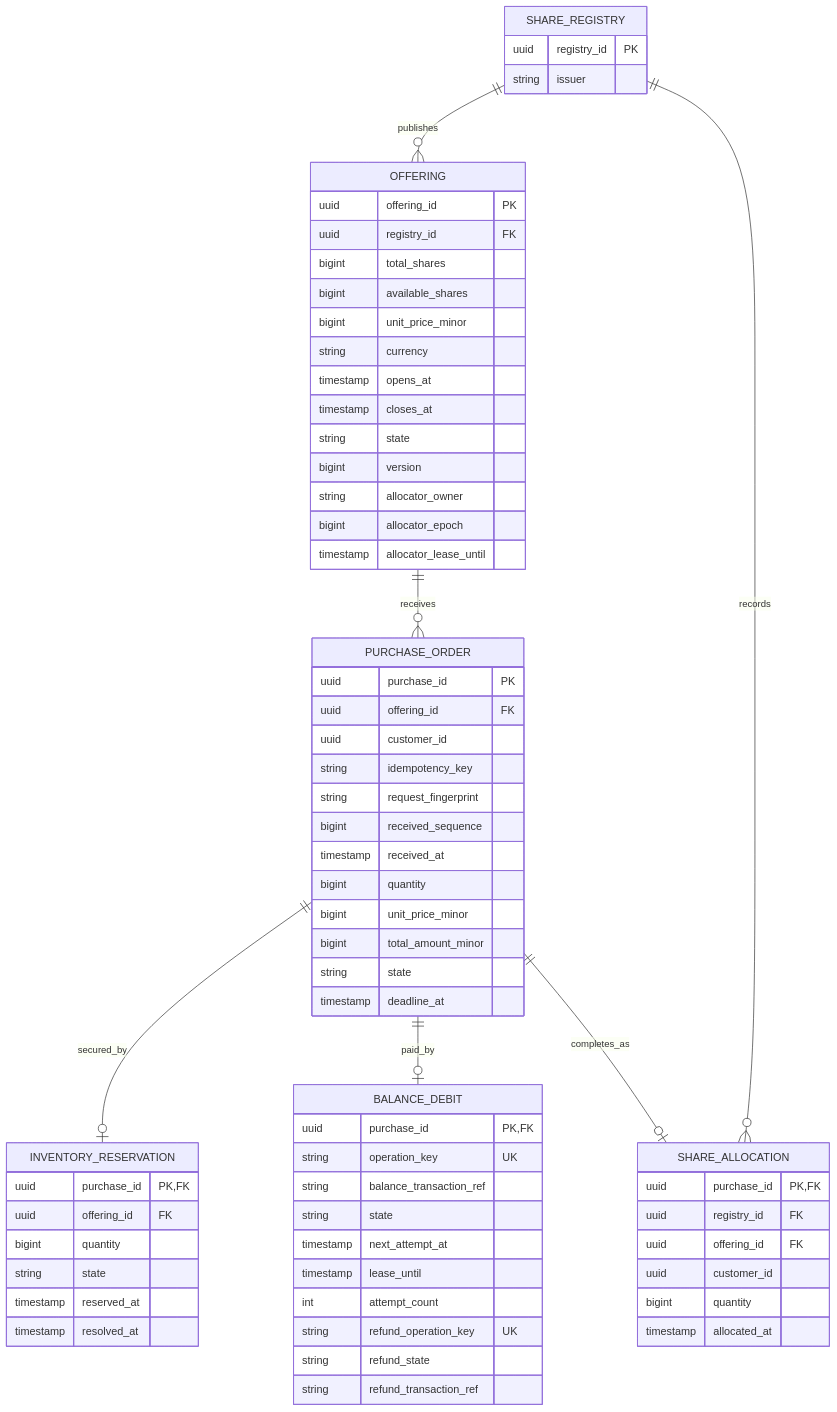
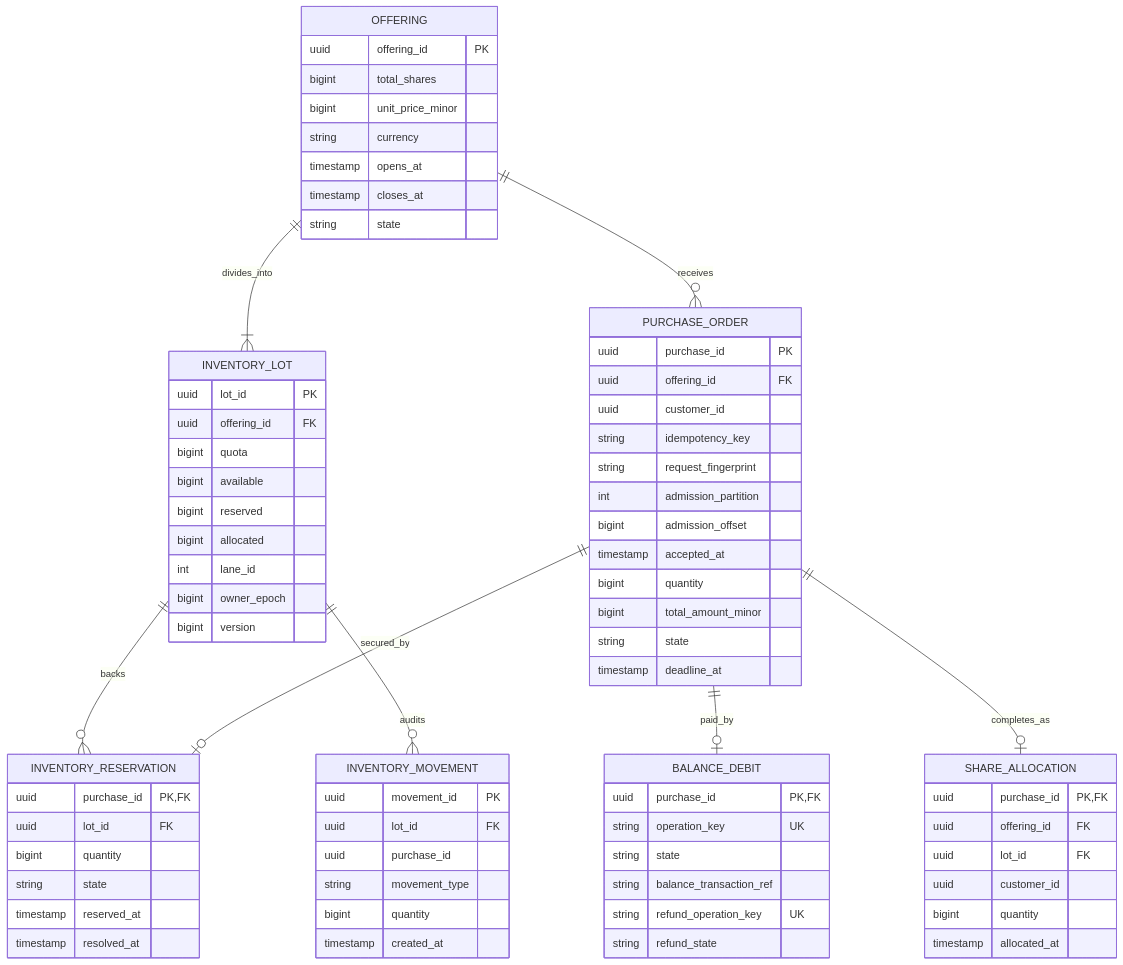
One commit to saurabhpro/interview-pro changed the second of 2 diagrams in content/company/fixed-price-share-offering.md. Above: the diagram before and after it, drawn with Mermaid. The commit also changed other lines of this file and 3 other files, not shown here.

Commit message:
fix: publish latest Wise design and render diagrams

````diff
--- a/content/company/fixed-price-share-offering.md
+++ b/content/company/fixed-price-share-offering.md
@@ -242,31 +237,33 @@
 ```mermaid
 erDiagram
-    SHARE_REGISTRY ||--o{ OFFERING : publishes
+    OFFERING ||--|{ INVENTORY_LOT : divides_into
     OFFERING ||--o{ PURCHASE_ORDER : receives
+    INVENTORY_LOT ||--o{ INVENTORY_RESERVATION : backs
     PURCHASE_ORDER ||--o| INVENTORY_RESERVATION : secured_by
+    INVENTORY_LOT ||--o{ INVENTORY_MOVEMENT : audits
     PURCHASE_ORDER ||--o| BALANCE_DEBIT : paid_by
     PURCHASE_ORDER ||--o| SHARE_ALLOCATION : completes_as
-    SHARE_REGISTRY ||--o{ SHARE_ALLOCATION : records
-
-    SHARE_REGISTRY {
-        uuid registry_id PK
-        string issuer
-    }
 
     OFFERING {
         uuid offering_id PK
-        uuid registry_id FK
         bigint total_shares
-        bigint available_shares
         bigint unit_price_minor
         string currency
         timestamp opens_at
         timestamp closes_at
         string state
+    }
+
+    INVENTORY_LOT {
+        uuid lot_id PK
+        uuid offering_id FK
+        bigint quota
+        bigint available
+        bigint reserved
+        bigint allocated
+        int lane_id
+        bigint owner_epoch
         bigint version
-        string allocator_owner
-        bigint allocator_epoch
-        timestamp allocator_lease_until
     }
 
     PURCHASE_ORDER {
@@ -275,10 +272,10 @@
         uuid customer_id
         string idempotency_key
         string request_fingerprint
-        bigint received_sequence
-        timestamp received_at
+        int admission_partition
+        bigint admission_offset
+        timestamp accepted_at
         bigint quantity
-        bigint unit_price_minor
         bigint total_amount_minor
         string state
         timestamp deadline_at
@@ -286,30 +283,35 @@
 
     INVENTORY_RESERVATION {
         uuid purchase_id PK,FK
-        uuid offering_id FK
+        uuid lot_id FK
         bigint quantity
         string state
         timestamp reserved_at
         timestamp resolved_at
     }
 
+    INVENTORY_MOVEMENT {
+        uuid movement_id PK
+        uuid lot_id FK
+        uuid purchase_id
+        string movement_type
+        bigint quantity
+        timestamp created_at
+    }
+
     BALANCE_DEBIT {
         uuid purchase_id PK,FK
         string operation_key UK
+        string state
         string balance_transaction_ref
-        string state
-        timestamp next_attempt_at
-        timestamp lease_until
-        int attempt_count
         string refund_operation_key UK
         string refund_state
-        string refund_transaction_ref
     }
 
     SHARE_ALLOCATION {
         uuid purchase_id PK,FK
-        uuid registry_id FK
         uuid offering_id FK
+        uuid lot_id FK
         uuid customer_id
         bigint quantity
         timestamp allocated_at
````
